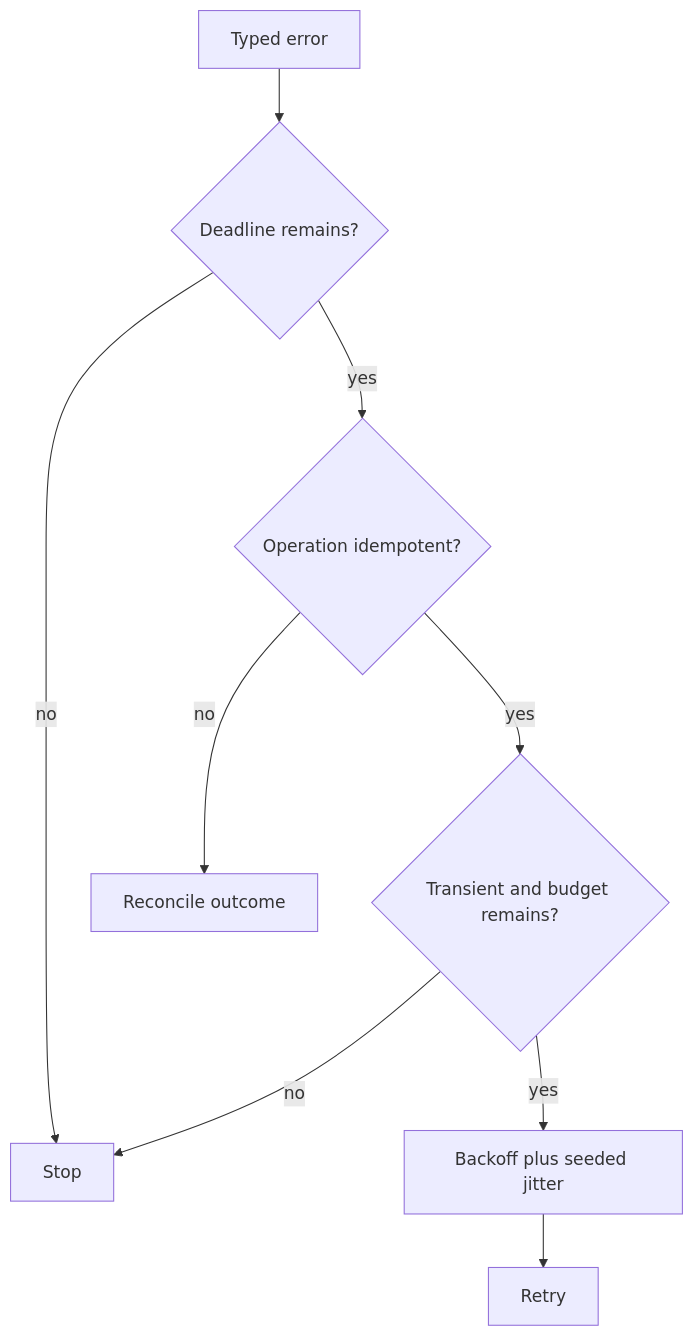
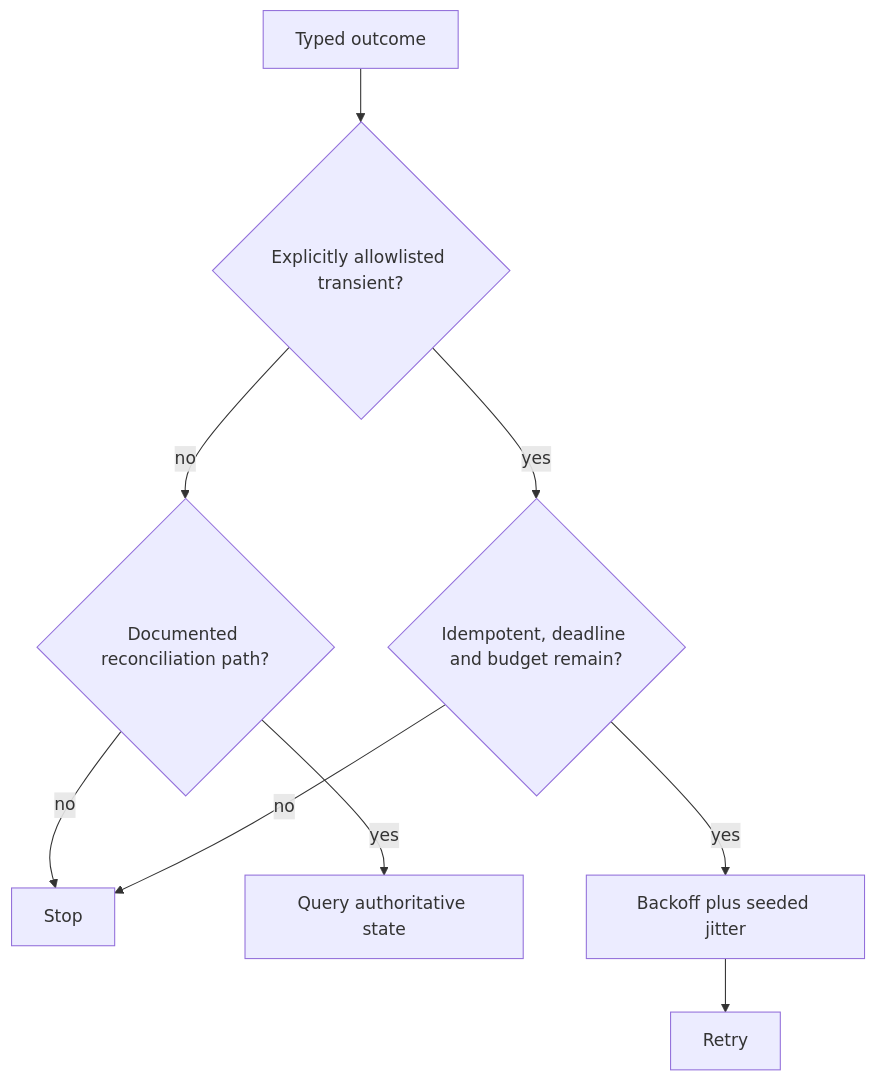
The second of 3 diagrams in modules/07-production-architecture-operations/chapters/29-reliability-engineering.md (VikrantSingh01/Agentic_System_Design), drawn with Mermaid before and after one commit. The commit also changed other lines of this file and 4 other files, not shown here.

````diff
--- a/modules/07-production-architecture-operations/chapters/29-reliability-engineering.md
+++ b/modules/07-production-architecture-operations/chapters/29-reliability-engineering.md
@@ -40,11 +40,11 @@
 ```mermaid
 flowchart TD
-    E[Typed error] --> D{Deadline remains?}
-    D -->|no| S[Stop]
-    D -->|yes| I{Operation idempotent?}
-    I -->|no| Q[Reconcile outcome]
-    I -->|yes| T{Transient and budget remains?}
-    T -->|no| S
-    T -->|yes| J[Backoff plus seeded jitter]
+    E[Typed outcome] --> A{Explicitly allowlisted transient?}
+    A -->|no| P{Documented reconciliation path?}
+    P -->|no| S[Stop]
+    P -->|yes| Q[Query authoritative state]
+    A -->|yes| I{Idempotent, deadline and budget remain?}
+    I -->|no| S
+    I -->|yes| J[Backoff plus seeded jitter]
     J --> X[Retry]
 ```
````
